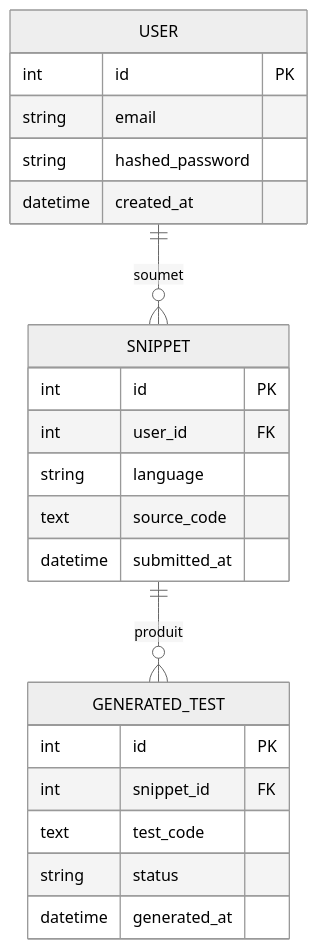
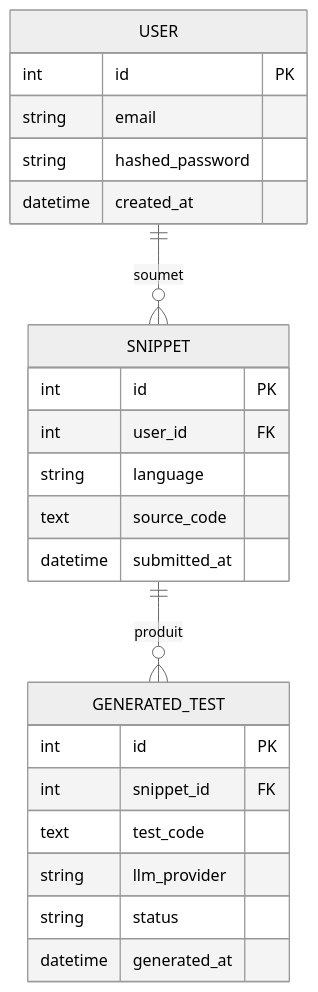
Before and after one commit to DaRKkem/TestGenAI: the first of 3 diagrams in docs/ARCHITECTURE.md, drawn with Mermaid (neutral theme). The commit also changed other lines of this file, not shown here.

Commit message:
docs(architecture): add class diagram and update ERD with llm_provider field

````diff
--- a/docs/ARCHITECTURE.md
+++ b/docs/ARCHITECTURE.md
@@ -1,25 +2,26 @@
 ```mermaid
 erDiagram
     USER ||--o{ SNIPPET : "soumet"
     SNIPPET ||--o{ GENERATED_TEST : "produit"
     USER {
         int id PK
         string email
         string hashed_password
         datetime created_at
     }
     SNIPPET {
         int id PK
         int user_id FK
         string language
         text source_code
         datetime submitted_at
     }
     GENERATED_TEST {
         int id PK
         int snippet_id FK
         text test_code
+        string llm_provider
         string status
         datetime generated_at
     }
 ```
````
